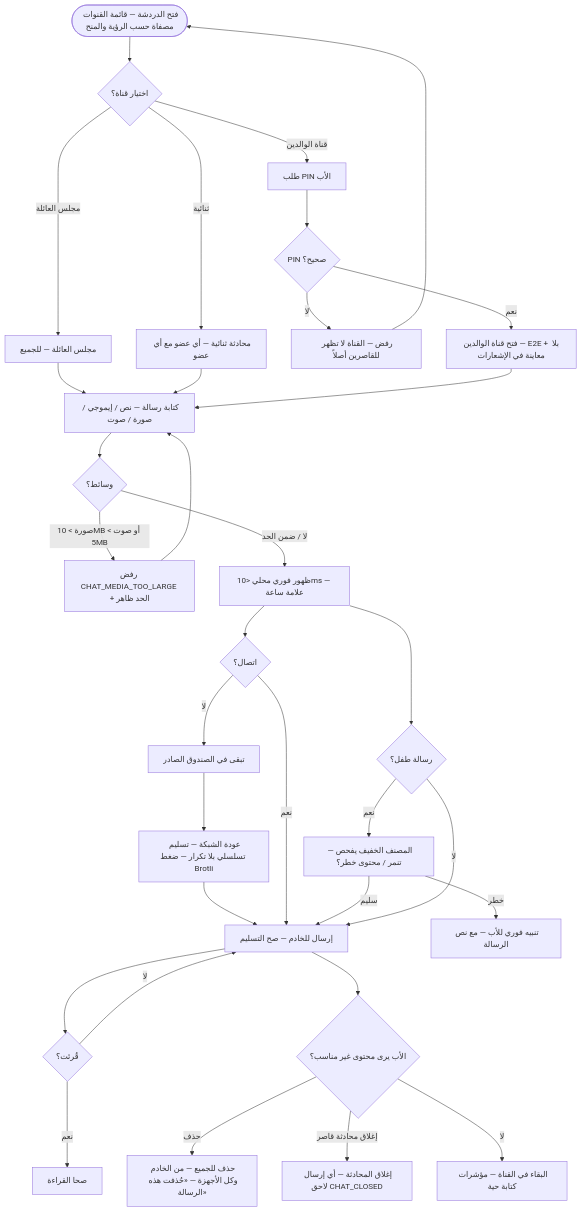
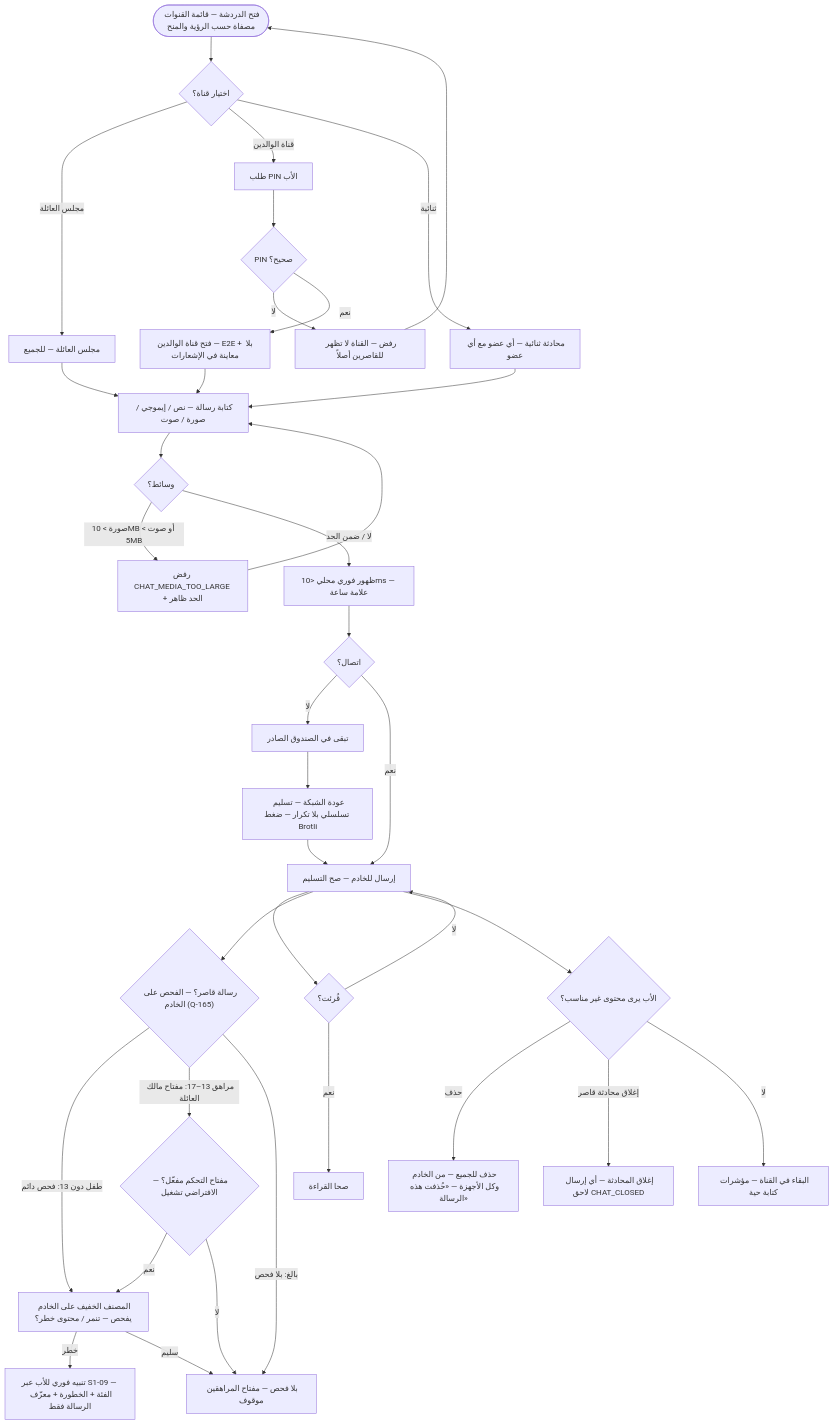
Before and after one commit to Bassam-mohammed-alqaeadi/family-os-v2: the eighth of 10 diagrams in docs/family-os/governance/phases/phase-1/S1-08-chat-basic/DIAGRAMS.md, drawn with Mermaid. The commit also changed other lines of this file and 19 other files, not shown here.

````diff
--- a/docs/family-os/governance/phases/phase-1/S1-08-chat-basic/DIAGRAMS.md
+++ b/docs/family-os/governance/phases/phase-1/S1-08-chat-basic/DIAGRAMS.md
@@ -317,35 +321,38 @@
 ```mermaid
 flowchart TD
     Start([فتح الدردشة — قائمة القنوات مصفاة حسب الرؤية والمنح]) --> Pick{اختيار قناة؟}
     Pick -->|مجلس العائلة| Lounge[مجلس العائلة — للجميع]
     Pick -->|قناة الوالدين| Pin[طلب PIN الأب]
     Pick -->|ثنائية| Direct[محادثة ثنائية — أي عضو مع أي عضو]
     Pin --> PinOK{PIN صحيح؟}
     PinOK -->|لا| Deny[رفض — القناة لا تظهر للقاصرين أصلاً]
     PinOK -->|نعم| E2E[فتح قناة الوالدين — E2E + بلا معاينة في الإشعارات]
     Lounge --> Write[كتابة رسالة — نص / إيموجي / صورة / صوت]
     Direct --> Write
     E2E --> Write
     Write --> Media{وسائط؟}
     Media -->|صورة > 10MB أو صوت > 5MB| TooBig[رفض CHAT_MEDIA_TOO_LARGE + الحد ظاهر]
     Media -->|لا / ضمن الحد| Show[ظهور فوري محلي <10ms — علامة ساعة]
     Show --> Conn{اتصال؟}
     Conn -->|لا| Outbox[تبقى في الصندوق الصادر]
     Outbox --> Back[عودة الشبكة — تسليم تسلسلي بلا تكرار — ضغط Brotli]
     Back --> Sent
     Conn -->|نعم| Sent[إرسال للخادم — صح التسليم]
     Sent --> Read{قُرئت؟}
     Read -->|نعم| ReadOK[صحا القراءة]
     Read -->|لا| Sent
-    Show --> Classify{رسالة طفل؟}
-    Classify -->|نعم| Check[المصنف الخفيف يفحص — تنمر / محتوى خطر؟]
-    Check -->|خطر| Alert[تنبيه فوري للأب — مع نص الرسالة]
-    Check -->|سليم| Sent
-    Classify -->|لا| Sent
+    Sent --> Classify{"رسالة قاصر؟ — الفحص على الخادم (Q-165)"}
+    Classify -->|طفل دون 13: فحص دائم| Check[المصنف الخفيف على الخادم يفحص — تنمر / محتوى خطر؟]
+    Classify -->|مراهق 13–17: مفتاح مالك العائلة| KeyOn{مفتاح التحكم مفعّل؟ — الافتراضي تشغيل}
+    KeyOn -->|نعم| Check
+    KeyOn -->|لا| NoCheck[بلا فحص — مفتاح المراهقين موقوف]
+    Classify -->|بالغ: بلا فحص| NoCheck
+    Check -->|خطر| Alert[تنبيه فوري للأب عبر S1-09 — الفئة + الخطورة + معرّف الرسالة فقط]
+    Check -->|سليم| NoCheck
     Sent --> FatherAct{الأب يرى محتوى غير مناسب؟}
     FatherAct -->|حذف| Del["حذف للجميع — من الخادم وكل الأجهزة — «حُذفت هذه الرسالة»"]
     FatherAct -->|إغلاق محادثة قاصر| Close[إغلاق المحادثة — أي إرسال لاحق CHAT_CLOSED]
     FatherAct -->|لا| Stay[البقاء في القناة — مؤشرات كتابة حية]
     TooBig --> Write
     Deny --> Start
 ```
````
